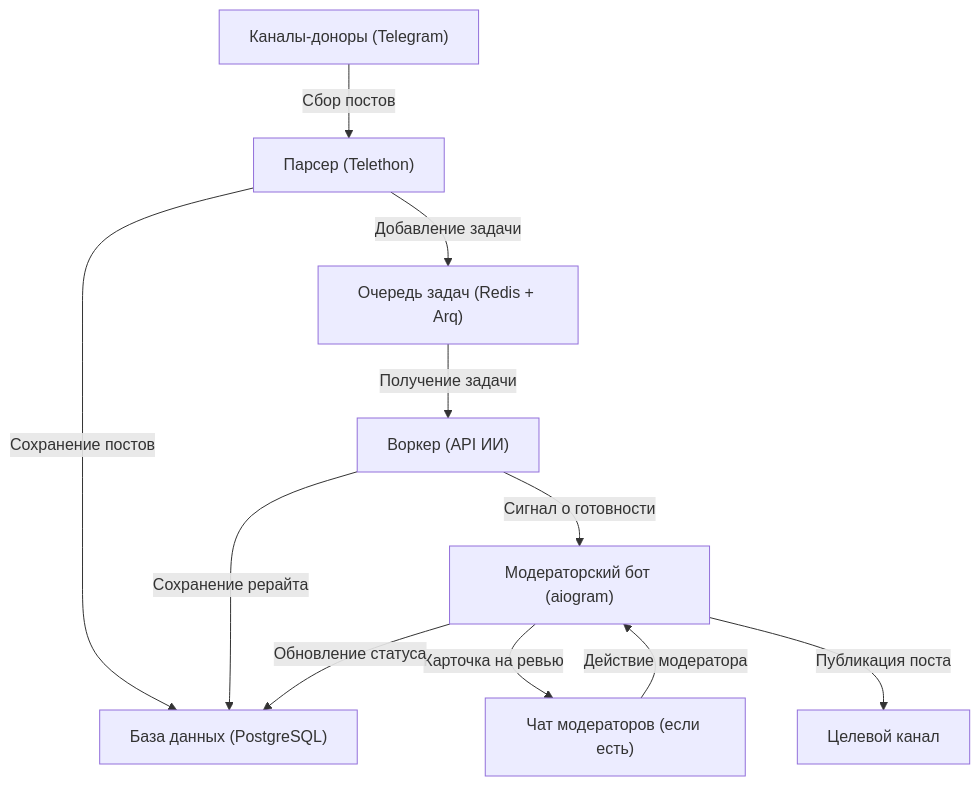
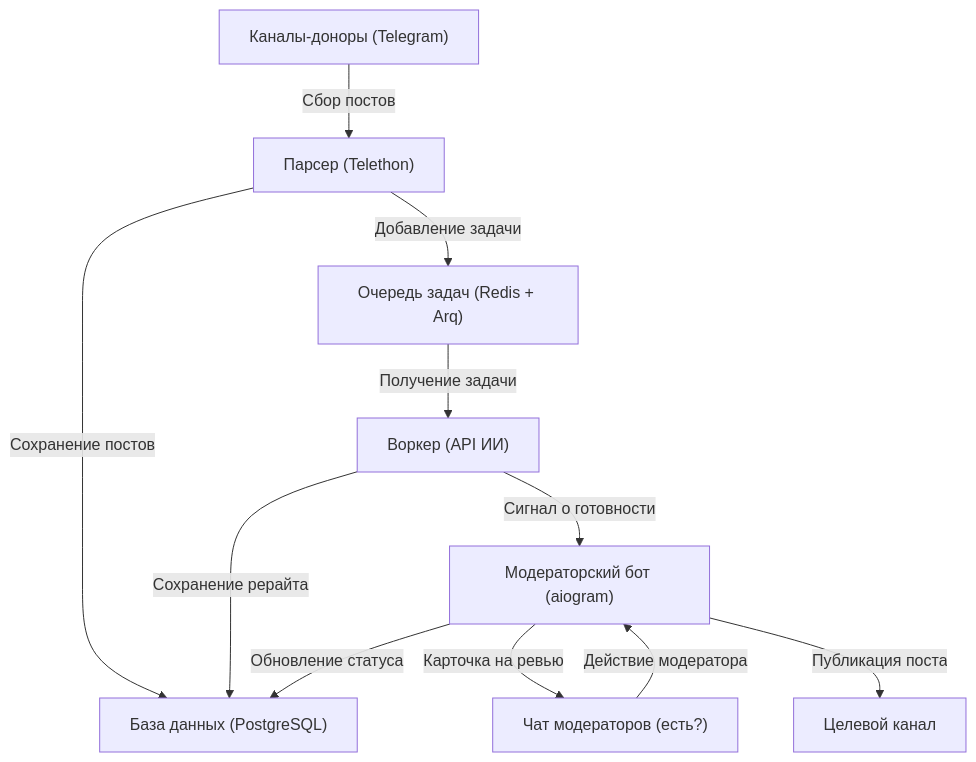
One commit to ivanchik-byte/Telegram-Channel-Admin changed the diagram in README.md. Above: the diagram before and after it, drawn with Mermaid.

Commit message:
docs: rename moderators chat block label

````diff
--- a/README.md
+++ b/README.md
@@ -26,13 +26,13 @@
 ```mermaid
 flowchart TD
     Donors["Каналы-доноры (Telegram)"] -->|Сбор постов| Parser["Парсер (Telethon)"]
     Parser -->|Сохранение постов| DB["База данных (PostgreSQL)"]
     Parser -->|Добавление задачи| Queue["Очередь задач (Redis + Arq)"]
     Queue -->|Получение задачи| Worker["Воркер (API ИИ)"]
     Worker -->|Сохранение рерайта| DB
     Worker -->|Сигнал о готовности| Bot["Модераторский бот (aiogram)"]
-    Bot -->|Карточка на ревью| ModGroup["Чат модераторов (если есть)"]
+    Bot -->|Карточка на ревью| ModGroup["Чат модераторов (есть?)"]
     ModGroup -->|Действие модератора| Bot
     Bot -->|Обновление статуса| DB
     Bot -->|Публикация поста| TargetChannel["Целевой канал"]
 ```
````
